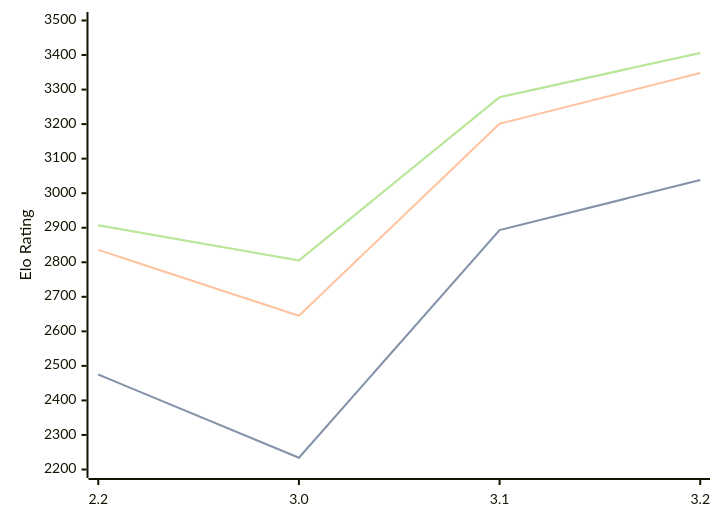
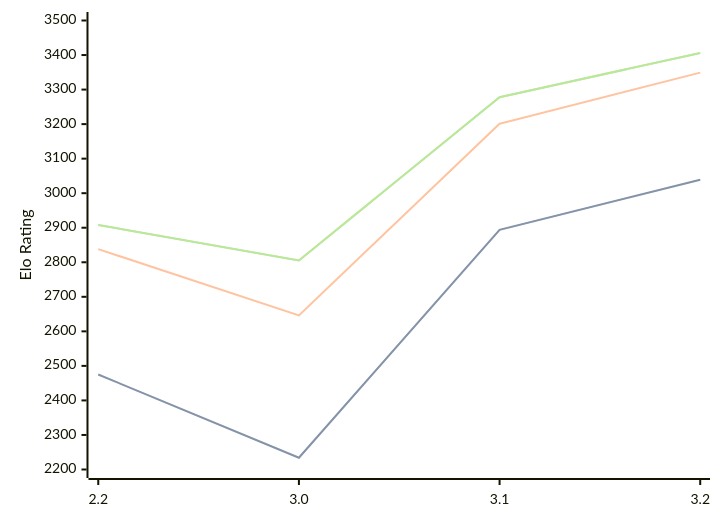
One commit to computer-chess-index/cci changed the diagram in engines/Thrawn.md. Above: the diagram before and after it, drawn with Mermaid. The commit also changed other lines of this file, not shown here.

Commit message:
Update CCI Ratings (ELO VLTC) - 2026-10-08

````diff
--- a/engines/Thrawn.md
+++ b/engines/Thrawn.md
@@ -34,11 +34,11 @@
 ```mermaid
 %%{init: {"theme":"base","themeVariables":{"seriesColors:['#a3a3a3','#222221','#faa371']}}}%%
 xychart-beta
   x-axis ["2.2", "3.0", "3.1", "3.2"]
   y-axis "Elo Rating" 2200 --> 3500
-  line "" [2475, 2234, 2893, 3038]
-  line "STC (8.0+0.08s)" [2475, 2234, 2893, 3038]
-  line "LTC (60.0+0.60s)" [2836, 2645, 3201, 3348]
-  line "" [2907, 2805, 3278, 3406]
-  line "VLTC (2m24s+1.12s)" [2907, 2805, 3278, 3406]
+  line "" [2475, 2234, 2894, 3039]
+  line "STC (8.0+0.08s)" [2475, 2234, 2894, 3039]
+  line "LTC (60.0+0.60s)" [2838, 2646, 3201, 3349]
+  line "" [2908, 2805, 3278, 3406]
+  line "VLTC (2m24s+1.12s)" [2908, 2805, 3278, 3406]
 ```
````
